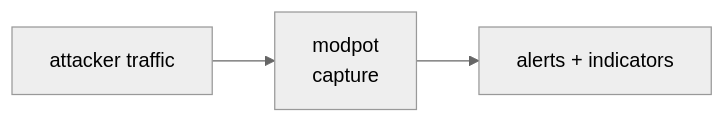
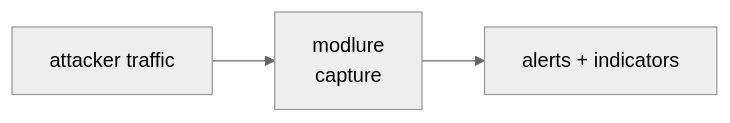
One commit to cognis-digital/modlure changed the diagram in README.md. Above: the diagram before and after it, drawn with Mermaid (neutral theme). The commit also changed other lines of this file and 47 other files, not shown here.

````diff
--- a/README.md
+++ b/README.md
@@ -351,5 +351,5 @@
 ```mermaid
 flowchart LR
-  IN[attacker traffic] --> P[modpot<br/>capture]
+  IN[attacker traffic] --> P[modlure<br/>capture]
   P --> OUT[alerts + indicators]
 ```
````
